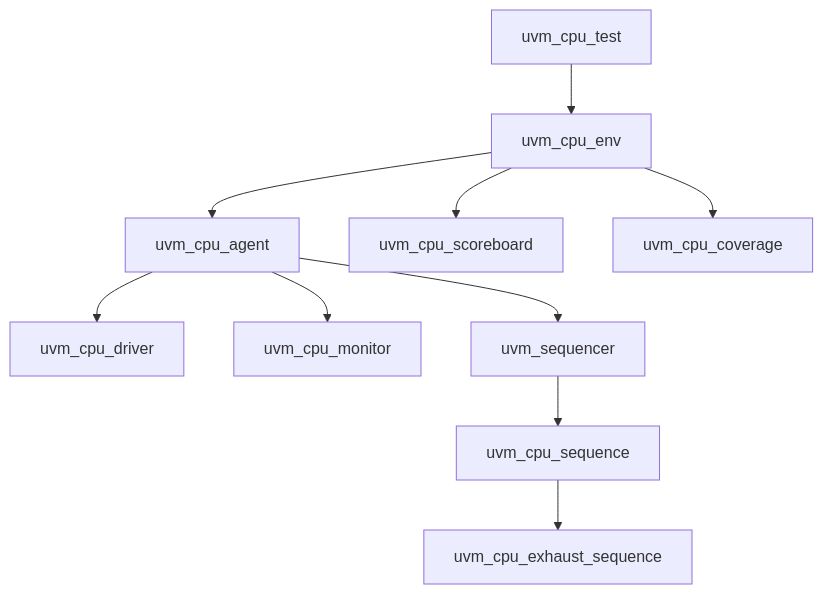
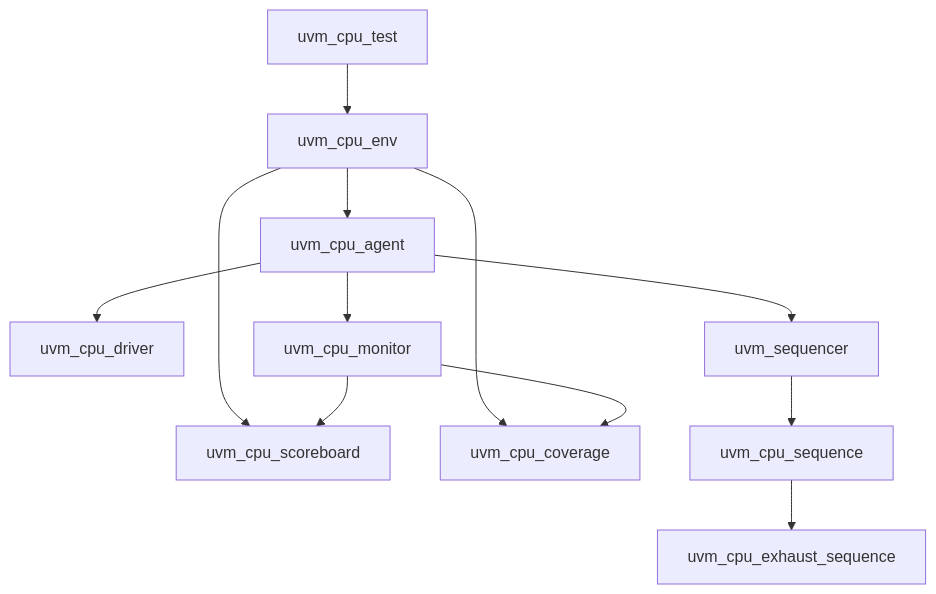
The diagram in README.md (TIBBER999/SimpleCPU_uvm_verif), drawn with Mermaid before and after one commit.

Commit message:
updated diagram

````diff
--- a/README.md
+++ b/README.md
@@ -42,12 +42,14 @@
 ```mermaid
 graph TD
     A[uvm_cpu_test] --> B[uvm_cpu_env]
     B --> C[uvm_cpu_agent]
     B --> D[uvm_cpu_scoreboard]
     B --> E[uvm_cpu_coverage]
     C --> F[uvm_cpu_driver]
     C --> G[uvm_cpu_monitor]
     C --> H[uvm_sequencer]
     H --> I[uvm_cpu_sequence]
     I --> J[uvm_cpu_exhaust_sequence]
+    G --> D[uvm_cpu_scoreboard]
+    G --> E[uvm_cpu_coverage]
 ```
````
